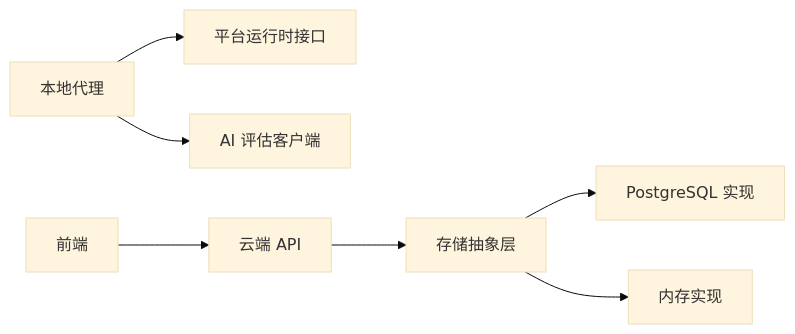
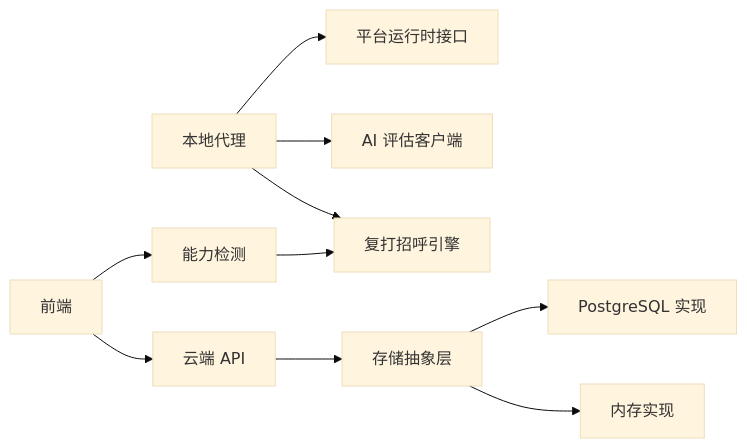
One commit to alvinwangzi/goodhr changed the eighth of 8 diagrams in .qoder/repowiki/zh/content/云端后端服务/候选人处理系统/候选人处理系统.md. Above: the diagram before and after it, drawn with Mermaid (base theme). The commit also changed other lines of this file and 91 other files, not shown here.

````diff
--- a/.qoder/repowiki/zh/content/云端后端服务/候选人处理系统/候选人处理系统.md
+++ b/.qoder/repowiki/zh/content/云端后端服务/候选人处理系统/候选人处理系统.md
@@ -319,9 +416,12 @@
 ```mermaid
 graph LR
 LocalAgent["本地代理"] --> Runtime["平台运行时接口"]
 LocalAgent --> AI["AI 评估客户端"]
+LocalAgent --> ReGreet["复打招呼引擎"]
 CloudAPI["云端 API"] --> Store["存储抽象层"]
 Store --> PG["PostgreSQL 实现"]
 Store --> Mem["内存实现"]
 Frontend["前端"] --> CloudAPI
+Frontend --> CapCheck["能力检测"]
+CapCheck --> ReGreet
 ```
````
